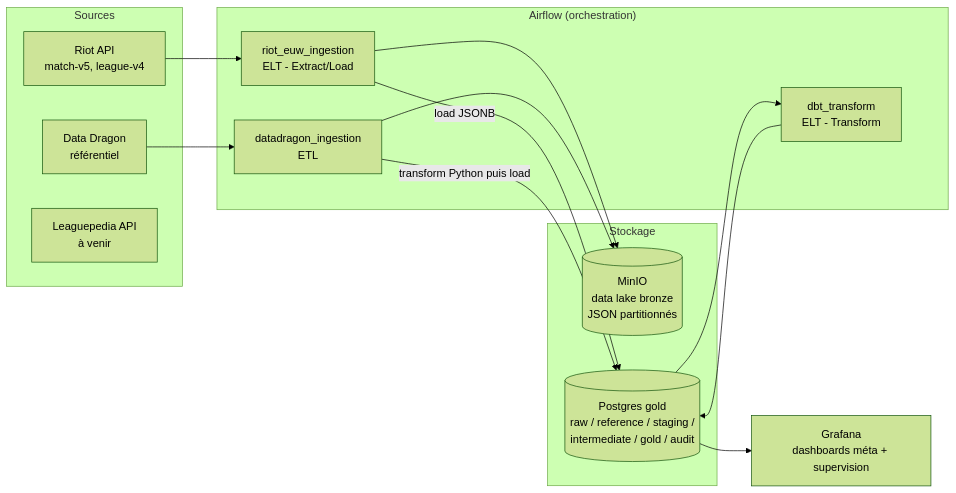
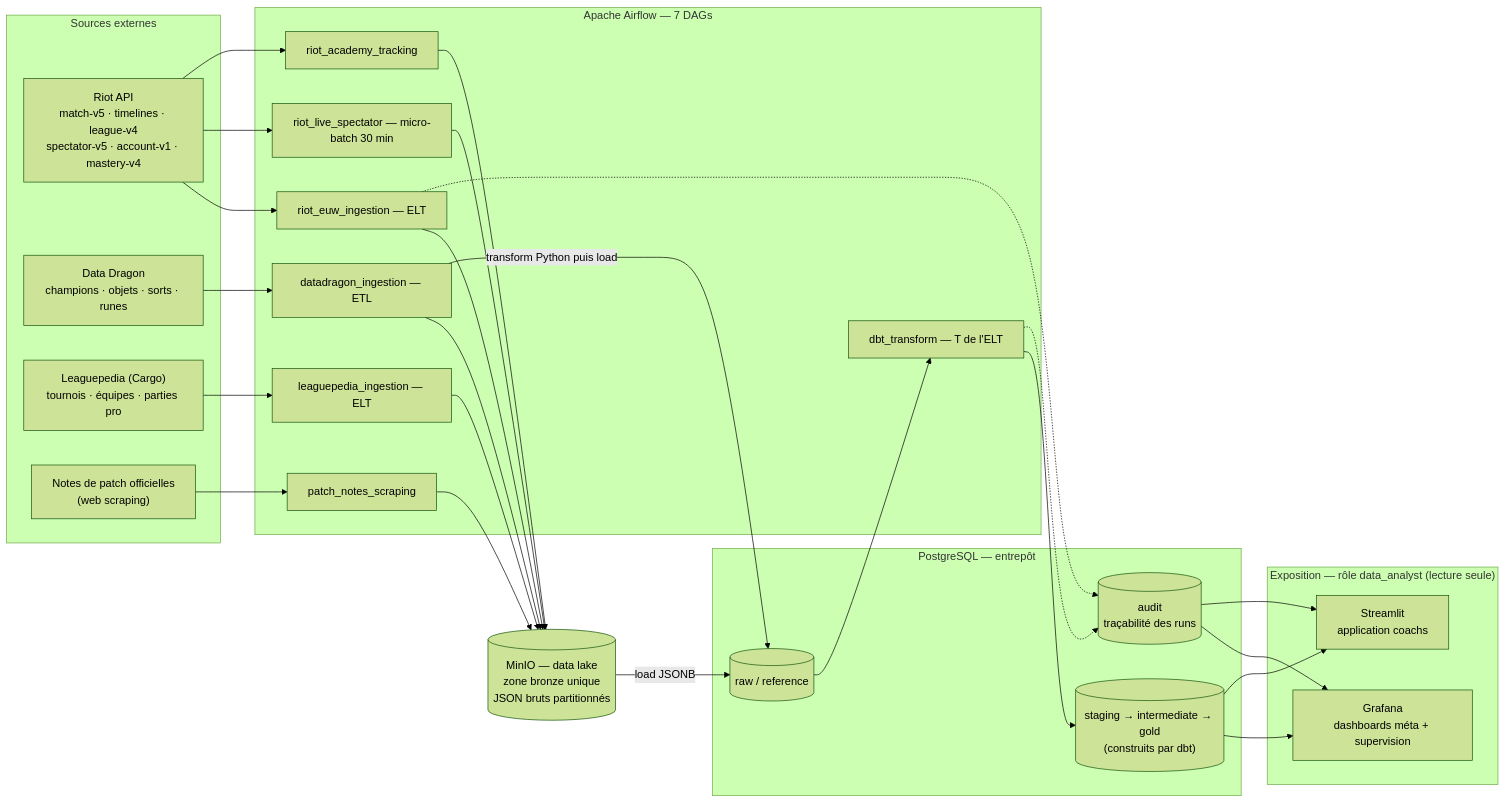
One commit to Randil12/MyLeague changed the diagram in README.md. Above: the diagram before and after it, drawn with Mermaid (forest theme).

Commit message:
Update architecture

````diff
--- a/README.md
+++ b/README.md
@@ -11,28 +11,58 @@
 ```mermaid
 flowchart LR
-    subgraph Sources
-        RIOT[Riot API<br/>match-v5, league-v4]
-        DD[Data Dragon<br/>référentiel]
-        LP[Leaguepedia API<br/>à venir]
+    subgraph SRC["Sources externes"]
+        RIOT["Riot API<br/>match-v5 · timelines · league-v4<br/>spectator-v5 · account-v1 · mastery-v4"]
+        DD["Data Dragon<br/>champions · objets · sorts · runes"]
+        LP["Leaguepedia (Cargo)<br/>tournois · équipes · parties pro"]
+        PN["Notes de patch officielles<br/>(web scraping)"]
     end
 
-    subgraph Ingestion["Airflow (orchestration)"]
-        E1[riot_euw_ingestion<br/>ELT - Extract/Load]
-        E2[datadragon_ingestion<br/>ETL]
-        T1[dbt_transform<br/>ELT - Transform]
+    subgraph AF["Apache Airflow — 7 DAGs"]
+        ETL["datadragon_ingestion — ETL"]
+        ELT["riot_euw_ingestion — ELT"]
+        LPI["leaguepedia_ingestion — ELT"]
+        PNS["patch_notes_scraping"]
+        LIVE["riot_live_spectator — micro-batch 30 min"]
+        ACA["riot_academy_tracking"]
+        DBT["dbt_transform — T de l'ELT"]
     end
 
-    subgraph Stockage
-        MINIO[(MinIO<br/>data lake bronze<br/>JSON partitionnés)]
-        PG[(Postgres gold<br/>raw / reference / staging /<br/>intermediate / gold / audit)]
+    MINIO[("MinIO — data lake<br/>zone bronze unique<br/>JSON bruts partitionnés")]
+
+    subgraph PG["PostgreSQL — entrepôt"]
+        RAW[("raw / reference")]
+        GOLD[("staging → intermediate → gold<br/>(construits par dbt)")]
+        AUDIT[("audit<br/>traçabilité des runs")]
     end
 
-    GRAF[Grafana<br/>dashboards méta + supervision]
+    subgraph EXPO["Exposition — rôle data_analyst (lecture seule)"]
+        GRAF["Grafana<br/>dashboards méta + supervision"]
+        ST["Streamlit<br/>application coachs"]
+    end
 
-    RIOT --> E1 --> MINIO
-    E1 -->|load JSONB| PG
-    DD --> E2 -->|transform Python puis load| PG
-    E2 --> MINIO
-    PG --> T1 --> PG
-    PG --> GRAF
+    RIOT --> ELT
+    RIOT --> LIVE
+    RIOT --> ACA
+    DD --> ETL
+    LP --> LPI
+    PN --> PNS
+
+    ELT --> MINIO
+    LPI --> MINIO
+    PNS --> MINIO
+    LIVE --> MINIO
+    ACA --> MINIO
+    ETL --> MINIO
+
+    MINIO -->|load JSONB| RAW
+    ETL -->|transform Python puis load| RAW
+    RAW --> DBT --> GOLD
+
+    ELT -.-> AUDIT
+    DBT -.-> AUDIT
+
+    GOLD --> GRAF
+    GOLD --> ST
+    AUDIT --> GRAF
+    AUDIT --> ST
 ```
````
